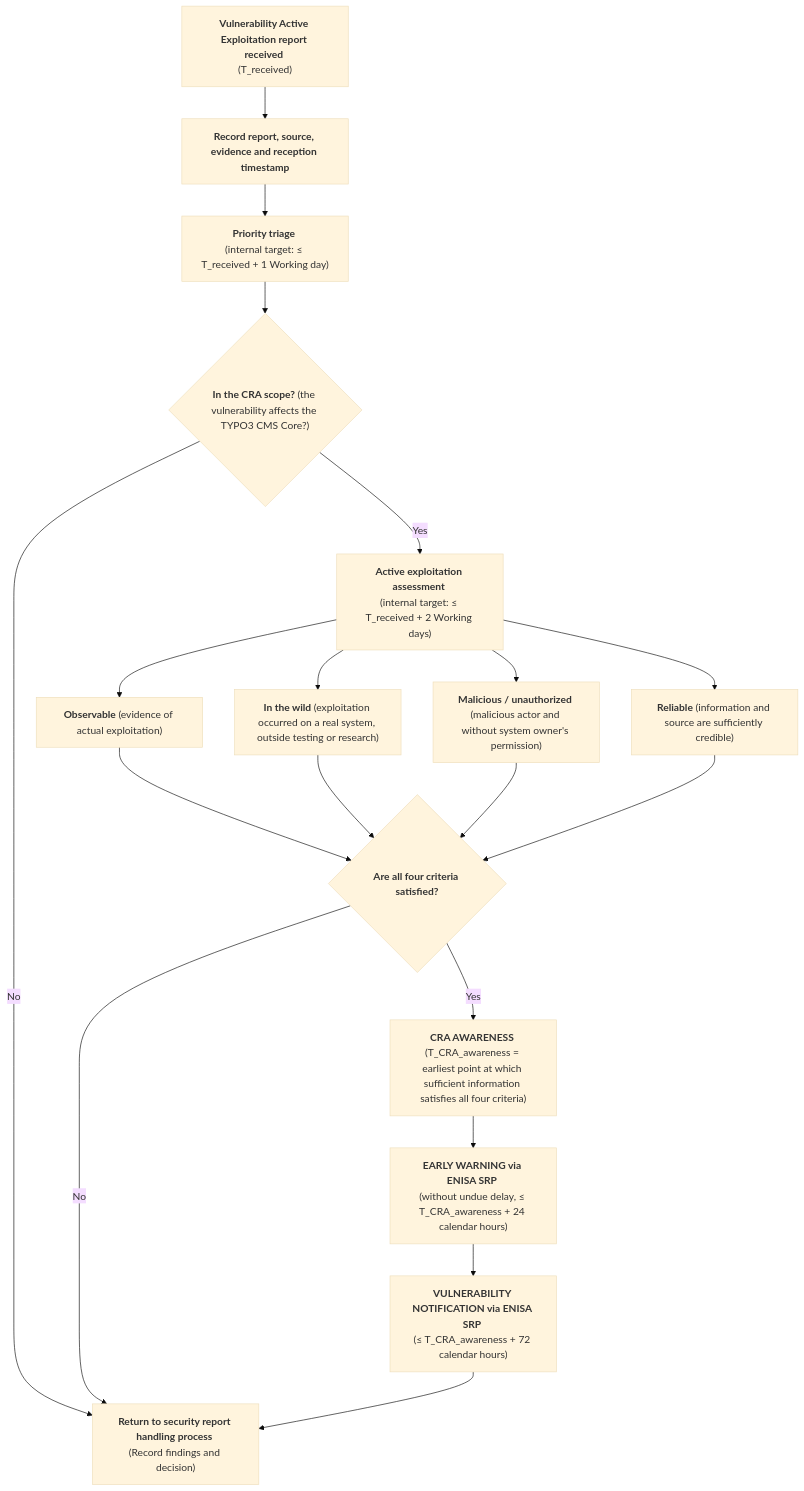
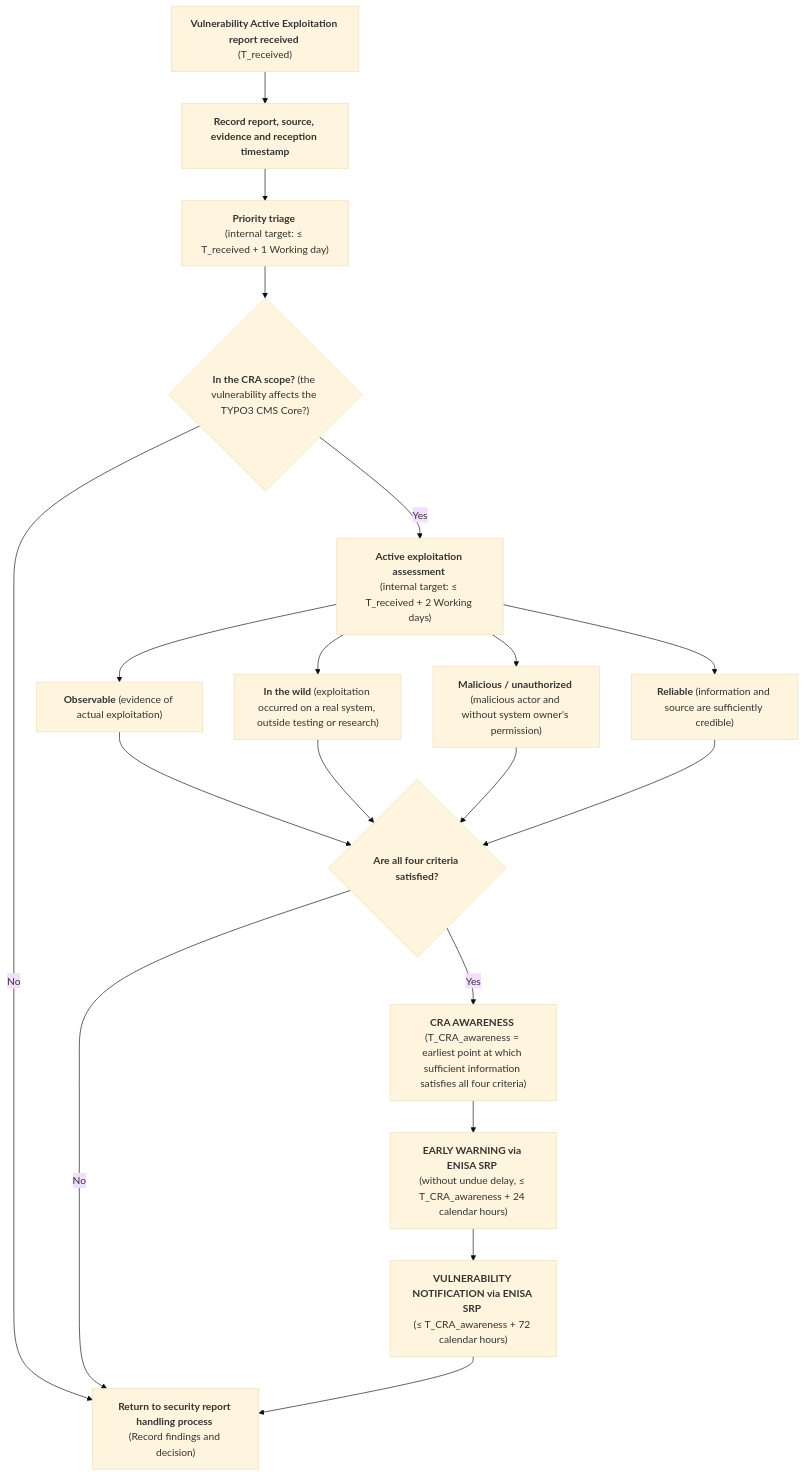
Before and after one commit to rfoucard/cra-fast-track: the diagram in templates/actively-exploited-vulnerability-process.md, drawn with Mermaid (base theme).

````diff
--- a/templates/actively-exploited-vulnerability-process.md
+++ b/templates/actively-exploited-vulnerability-process.md
@@ -15,32 +15,32 @@
 ```mermaid
 flowchart TD
 
-    A["<strong>Vulnerability Active Exploitation report received</strong> \n(T_received)"] --> B["<strong>Record report, source, evidence and reception timestamp</strong>"]
+    A["<strong>Vulnerability&nbsp;Active&nbsp;Exploitation report received</strong> \n(T_received)"] --> B["<strong>Record report, source, evidence and reception timestamp</strong>"]
 
     B --> C["<strong>Priority triage</strong> \n(internal target: ≤ T_received + 1 Working day)"]
 
     C --> D{"<strong>In the CRA scope?</strong> (the vulnerability affects the TYPO3 CMS Core?)"}
 
     D -- "No" --> X["<strong>Return to security report handling process</strong> \n(Record findings and decision)"]
 
     D -- "Yes" --> E["<strong>Active exploitation assessment</strong> \n(internal target: ≤ T_received + 2 Working days)"]
 
     E --> F["<strong>Observable</strong> (evidence of actual exploitation)"]
     E --> G["<strong>In the wild</strong> (exploitation occurred on a real system, outside testing or research)"]
     E --> H["<strong>Malicious / unauthorized</strong> (malicious actor and without system owner's permission)"]
     E --> I["<strong>Reliable</strong> (information and source are sufficiently credible)"]
 
     F --> J{"<strong>Are all four criteria satisfied?</strong>"}
     G --> J
     H --> J
     I --> J
 
     J -- "No" --> X
     J -- "Yes" --> L["<strong>CRA AWARENESS</strong> \n(T_CRA_awareness = earliest point at which sufficient information satisfies all four criteria)"]
 
     L --> M["<strong>EARLY WARNING via ENISA SRP</strong> \n(without undue delay, ≤ T_CRA_awareness + 24 calendar hours)"]
 
     M --> N["<strong>VULNERABILITY NOTIFICATION via ENISA SRP</strong> \n(≤ T_CRA_awareness + 72 calendar hours)"]
 
     N --> X
 ```
````
